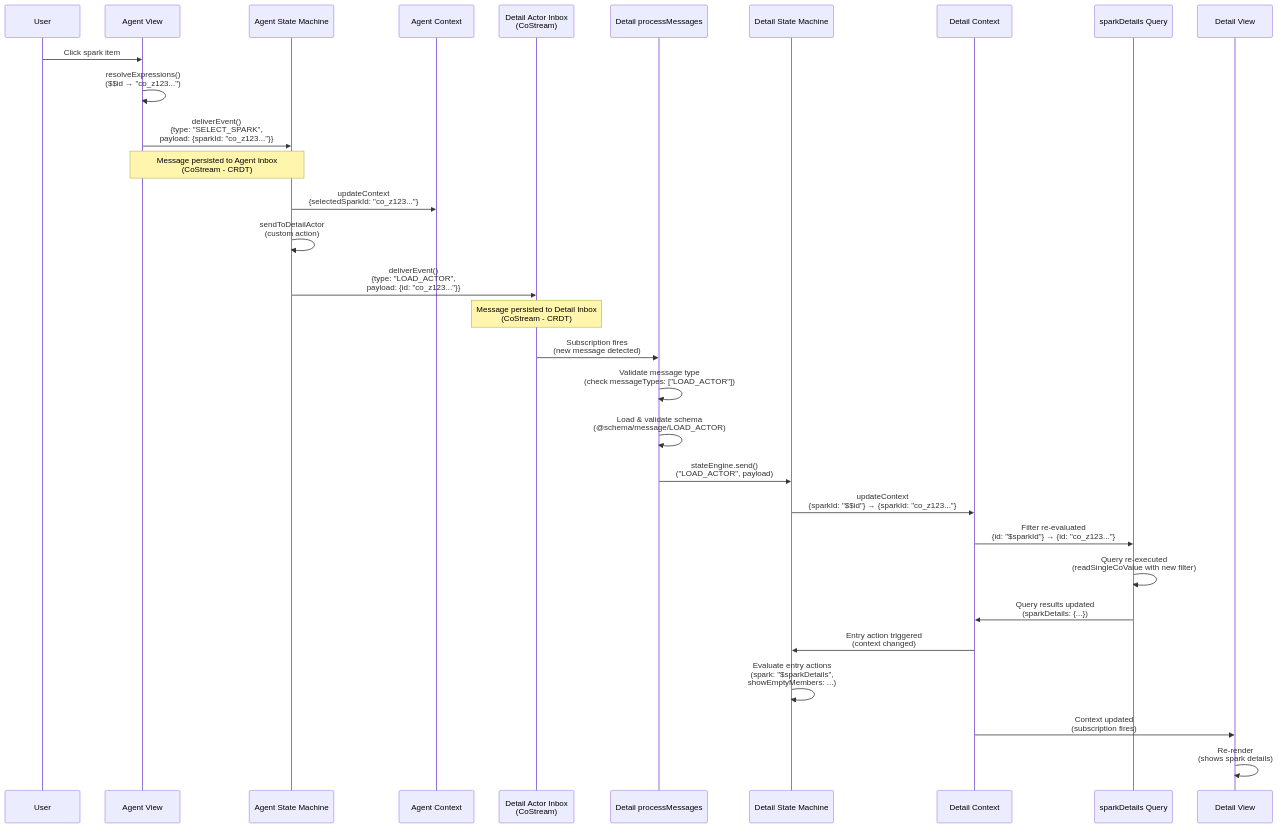
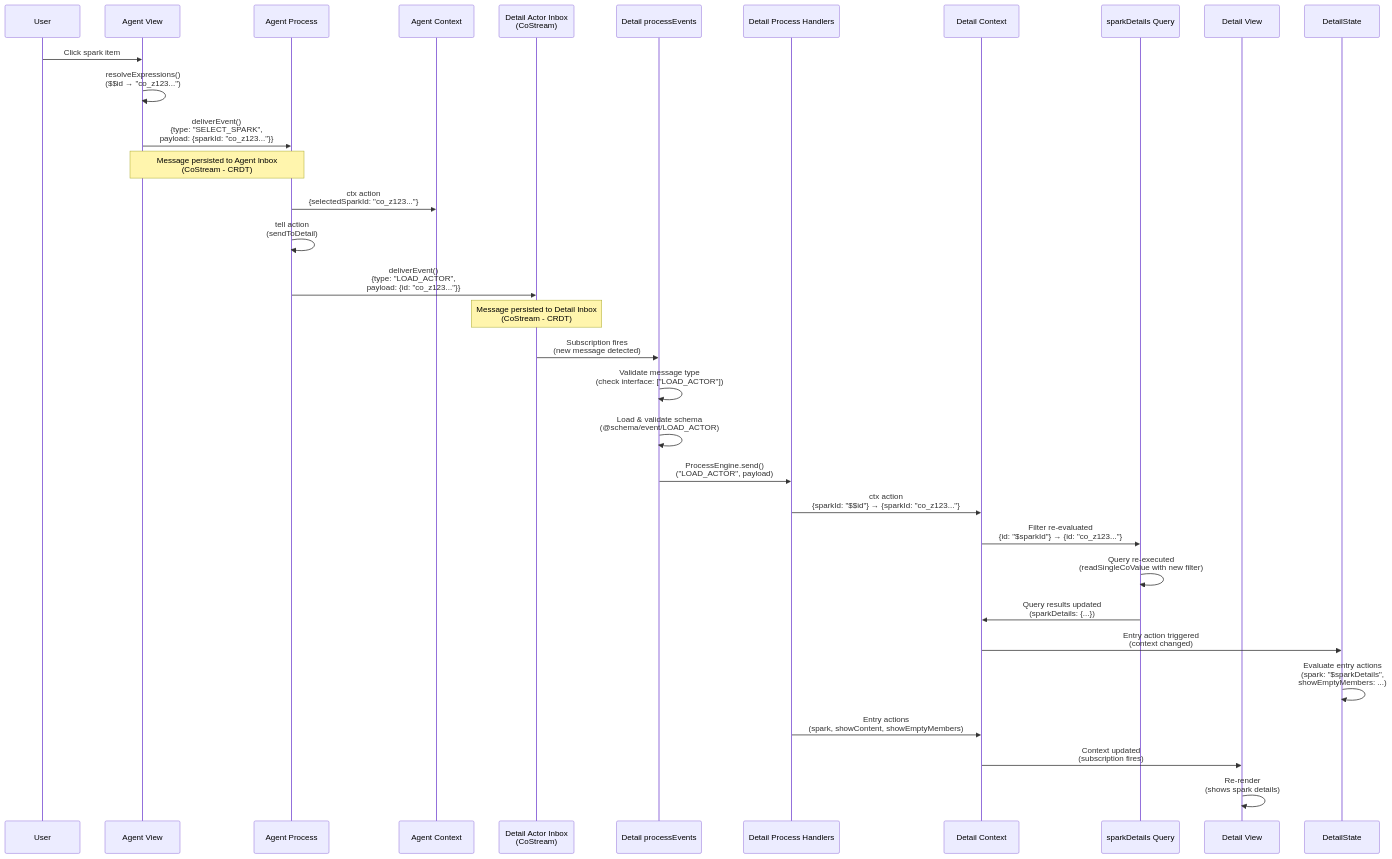
One commit to oMaiaCity/MaiaOS changed the diagram in libs/maia-docs/03_developers/04_maia-engines/actor-communication/00-overview.md. Above: the diagram before and after it, drawn with Mermaid. The commit also changed other lines of this file and 20 other files, not shown here.

````diff
--- a/libs/maia-docs/03_developers/04_maia-engines/actor-communication/00-overview.md
+++ b/libs/maia-docs/03_developers/04_maia-engines/actor-communication/00-overview.md
@@ -15,34 +15,35 @@
 ```mermaid
 sequenceDiagram
     participant User as User
     participant AgentView as Agent View
-    participant AgentState as Agent State Machine
+    participant AgentProcess as Agent Process
     participant AgentContext as Agent Context
     participant DetailInbox as Detail Actor Inbox<br/>(CoStream)
-    participant DetailProcess as Detail processMessages
-    participant DetailState as Detail State Machine
+    participant DetailProcess as Detail processEvents
+    participant DetailProcessHandlers as Detail Process Handlers
     participant DetailContext as Detail Context
     participant DetailQuery as sparkDetails Query
     participant DetailView as Detail View
 
     User->>AgentView: Click spark item
     AgentView->>AgentView: resolveExpressions()<br/>($$id → "co_z123...")
-    AgentView->>AgentState: deliverEvent()<br/>{type: "SELECT_SPARK",<br/>payload: {sparkId: "co_z123..."}}
-    Note over AgentView,AgentState: Message persisted to Agent Inbox<br/>(CoStream - CRDT)
-    AgentState->>AgentContext: updateContext<br/>{selectedSparkId: "co_z123..."}
-    AgentState->>AgentState: sendToDetailActor<br/>(custom action)
-    AgentState->>DetailInbox: deliverEvent()<br/>{type: "LOAD_ACTOR",<br/>payload: {id: "co_z123..."}}
+    AgentView->>AgentProcess: deliverEvent()<br/>{type: "SELECT_SPARK",<br/>payload: {sparkId: "co_z123..."}}
+    Note over AgentView,AgentProcess: Message persisted to Agent Inbox<br/>(CoStream - CRDT)
+    AgentProcess->>AgentContext: ctx action<br/>{selectedSparkId: "co_z123..."}
+    AgentProcess->>AgentProcess: tell action<br/>(sendToDetail)
+    AgentProcess->>DetailInbox: deliverEvent()<br/>{type: "LOAD_ACTOR",<br/>payload: {id: "co_z123..."}}
     Note over DetailInbox: Message persisted to Detail Inbox<br/>(CoStream - CRDT)
     DetailInbox->>DetailProcess: Subscription fires<br/>(new message detected)
-    DetailProcess->>DetailProcess: Validate message type<br/>(check messageTypes: ["LOAD_ACTOR"])
-    DetailProcess->>DetailProcess: Load & validate schema<br/>(@schema/message/LOAD_ACTOR)
-    DetailProcess->>DetailState: stateEngine.send()<br/>("LOAD_ACTOR", payload)
-    DetailState->>DetailContext: updateContext<br/>{sparkId: "$$id"} → {sparkId: "co_z123..."}
+    DetailProcess->>DetailProcess: Validate message type<br/>(check interface: ["LOAD_ACTOR"])
+    DetailProcess->>DetailProcess: Load & validate schema<br/>(@schema/event/LOAD_ACTOR)
+    DetailProcess->>DetailProcessHandlers: ProcessEngine.send()<br/>("LOAD_ACTOR", payload)
+    DetailProcessHandlers->>DetailContext: ctx action<br/>{sparkId: "$$id"} → {sparkId: "co_z123..."}
     DetailContext->>DetailQuery: Filter re-evaluated<br/>{id: "$sparkId"} → {id: "co_z123..."}
     DetailQuery->>DetailQuery: Query re-executed<br/>(readSingleCoValue with new filter)
     DetailQuery->>DetailContext: Query results updated<br/>(sparkDetails: {...})
     DetailContext->>DetailState: Entry action triggered<br/>(context changed)
     DetailState->>DetailState: Evaluate entry actions<br/>(spark: "$sparkDetails",<br/>showEmptyMembers: ...)
+    DetailProcessHandlers->>DetailContext: Entry actions<br/>(spark, showContent, showEmptyMembers)
     DetailContext->>DetailView: Context updated<br/>(subscription fires)
     DetailView->>DetailView: Re-render<br/>(shows spark details)
 ```
````
